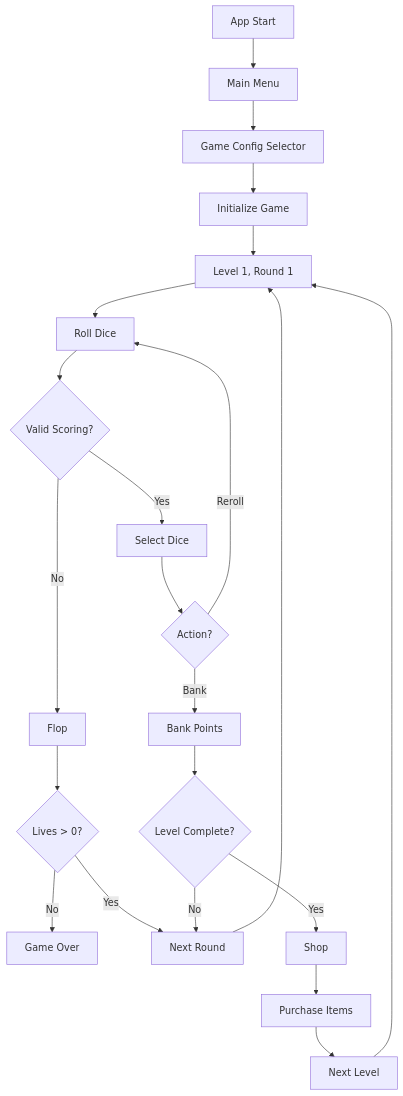
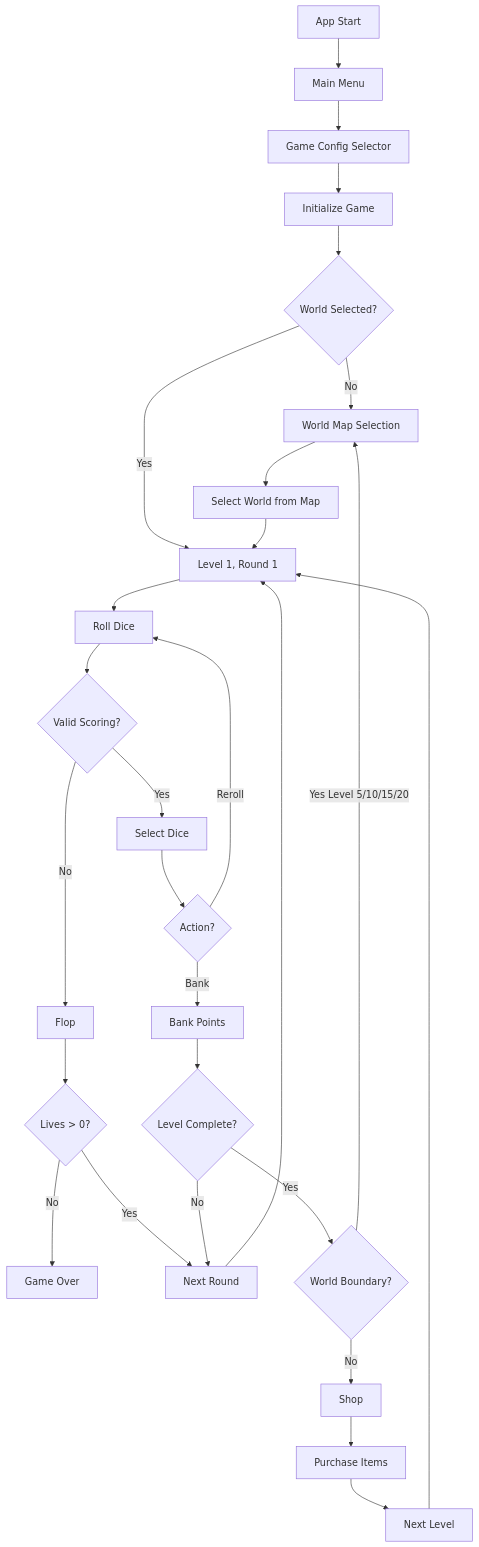
The first of 2 diagrams in docs/architecture/game-flow.md (bbeaudet-dev/rollio), drawn with Mermaid before and after one commit. The commit also changed other lines of this file and 8 other files, not shown here.

First line of the commit message:
Refactor useConsumableOnDiceSelection and fix reroll button UI

````diff
--- a/docs/architecture/game-flow.md
+++ b/docs/architecture/game-flow.md
@@ -7,24 +7,30 @@
 ```mermaid
 flowchart TD
     A[App Start] --> B[Main Menu]
     B --> C[Game Config Selector]
     C --> D[Initialize Game]
-    D --> E[Level 1, Round 1]
-    E --> F[Roll Dice]
-    F --> G{Valid Scoring?}
-    G -->|No| H[Flop]
-    G -->|Yes| I[Select Dice]
-    I --> J{Action?}
-    J -->|Bank| K[Bank Points]
-    J -->|Reroll| F
-    H --> L{Lives > 0?}
-    L -->|No| M[Game Over]
-    L -->|Yes| N[Next Round]
-    K --> O{Level Complete?}
-    O -->|Yes| P[Shop]
-    O -->|No| N
-    P --> Q[Purchase Items]
-    Q --> R[Next Level]
-    R --> E
-    N --> E
+    D --> E{World Selected?}
+    E -->|No| F[World Map Selection]
+    E -->|Yes| G[Level 1, Round 1]
+    F --> H[Select World from Map]
+    H --> G
+    G --> I[Roll Dice]
+    I --> J{Valid Scoring?}
+    J -->|No| K[Flop]
+    J -->|Yes| L[Select Dice]
+    L --> M{Action?}
+    M -->|Bank| N[Bank Points]
+    M -->|Reroll| I
+    K --> O{Lives > 0?}
+    O -->|No| P[Game Over]
+    O -->|Yes| Q[Next Round]
+    N --> R{Level Complete?}
+    R -->|Yes| S{World Boundary?}
+    R -->|No| Q
+    S -->|Yes Level 5/10/15/20| F
+    S -->|No| T[Shop]
+    T --> U[Purchase Items]
+    U --> V[Next Level]
+    V --> G
+    Q --> G
 ```
````
